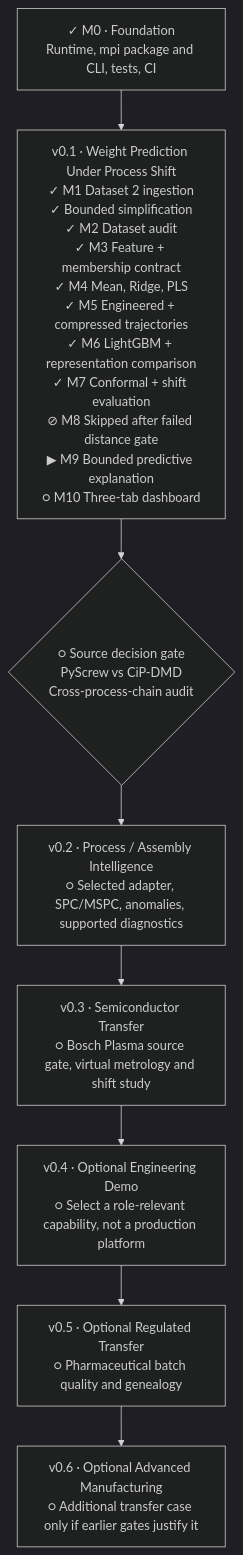
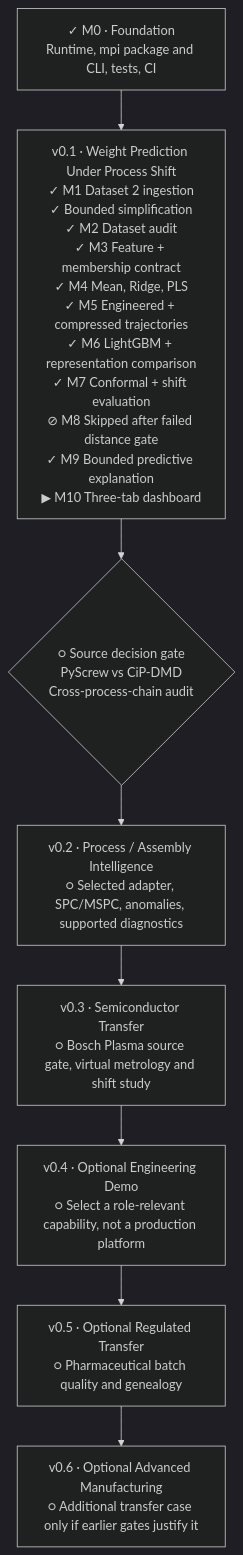
Before and after one commit to stevennitesh/manufacturing-process-intelligence: the diagram in docs/implementation-roadmap.md, drawn with Mermaid (dark theme). The commit also changed other lines of this file and 6 other files, not shown here.

Commit message:
Add M9 predictive explanation and feature-support diagnostics

````diff
--- a/docs/implementation-roadmap.md
+++ b/docs/implementation-roadmap.md
@@ -41,15 +43,15 @@
 ```mermaid
 flowchart TB
     F["✓ M0 · Foundation<br/>Runtime, mpi package and CLI, tests, CI"]
 
-    MVP["v0.1 · Weight Prediction Under Process Shift<br/>✓ M1 Dataset 2 ingestion<br/>✓ Bounded simplification<br/>✓ M2 Dataset audit<br/>✓ M3 Feature + membership contract<br/>✓ M4 Mean, Ridge, PLS<br/>✓ M5 Engineered + compressed trajectories<br/>✓ M6 LightGBM + representation comparison<br/>✓ M7 Conformal + shift evaluation<br/>⊘ M8 Skipped after failed distance gate<br/>▶ M9 Bounded predictive explanation<br/>○ M10 Three-tab dashboard"]
+    MVP["v0.1 · Weight Prediction Under Process Shift<br/>✓ M1 Dataset 2 ingestion<br/>✓ Bounded simplification<br/>✓ M2 Dataset audit<br/>✓ M3 Feature + membership contract<br/>✓ M4 Mean, Ridge, PLS<br/>✓ M5 Engineered + compressed trajectories<br/>✓ M6 LightGBM + representation comparison<br/>✓ M7 Conformal + shift evaluation<br/>⊘ M8 Skipped after failed distance gate<br/>✓ M9 Bounded predictive explanation<br/>▶ M10 Three-tab dashboard"]
 
     AUDIT{"○ Source decision gate<br/>PyScrew vs CiP-DMD<br/>Cross-process-chain audit"}
     PI["v0.2 · Process / Assembly Intelligence<br/>○ Selected adapter, SPC/MSPC, anomalies, supported diagnostics"]
     SEMI["v0.3 · Semiconductor Transfer<br/>○ Bosch Plasma source gate, virtual metrology and shift study"]
     PROD["v0.4 · Optional Engineering Demo<br/>○ Select a role-relevant capability, not a production platform"]
     PHARMA["v0.5 · Optional Regulated Transfer<br/>○ Pharmaceutical batch quality and genealogy"]
     ADV["v0.6 · Optional Advanced Manufacturing<br/>○ Additional transfer case only if earlier gates justify it"]
 
     F --> MVP --> AUDIT --> PI --> SEMI --> PROD --> PHARMA --> ADV
 ```
````
